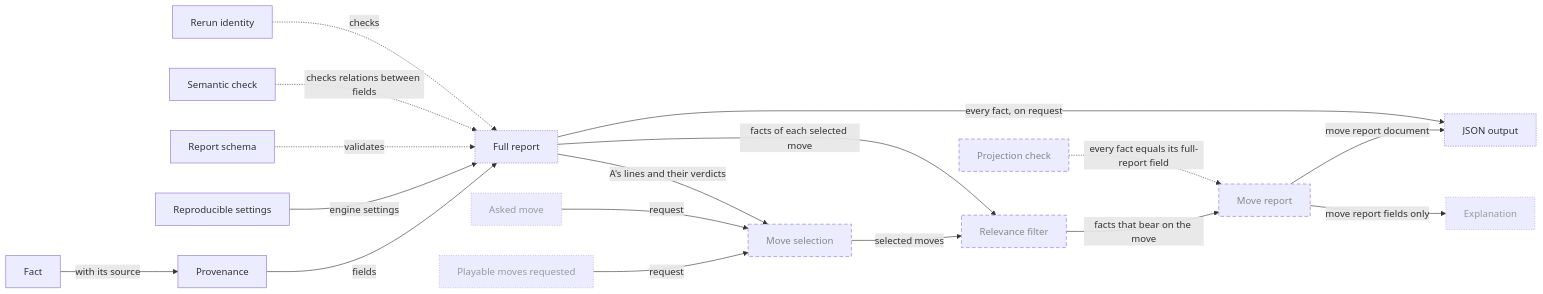
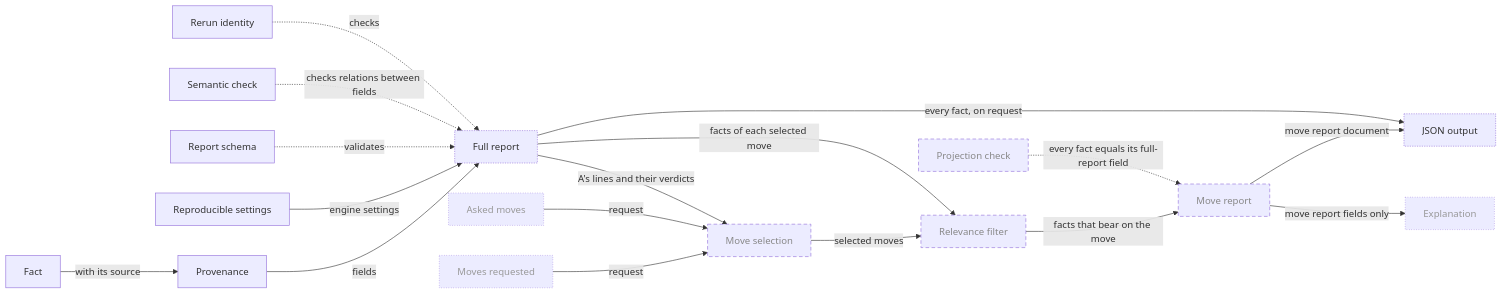
The tenth of 22 diagrams in Planning/DBC/CONCEPTS.md (aurja/ChessWhy), drawn with Mermaid before and after one commit. The commit also changed other lines of this file and 5 other files, not shown here.

First line of the commit message:
M4 contract: one --moves flag replaces --playable and --move

````diff
--- a/Planning/DBC/CONCEPTS.md
+++ b/Planning/DBC/CONCEPTS.md
@@ -458,39 +459,39 @@
 ```mermaid
 flowchart LR
     Fact["Fact"]
     Provenance["Provenance"]
     Reproducible["Reproducible settings"]
     ReportDocument["Full report"]
     ReportSchema["Report schema"]
     SemanticCheck["Semantic check"]
     RerunIdentity["Rerun identity"]
     JsonOutput["JSON output"]
     MoveSelection["Move selection"]
     RelevanceFilter["Relevance filter"]
     MoveReport["Move report"]
     ProjectionCheck["Projection check"]
-    PlayableRequest["Playable moves requested"]
-    AskedMove["Asked move"]
+    MoveRequest["Moves requested"]
+    AskedMove["Asked moves"]
     Explanation["Explanation"]
     Fact -->|with its source| Provenance
     Provenance -->|fields| ReportDocument
     Reproducible -->|engine settings| ReportDocument
     ReportSchema -.->|validates| ReportDocument
     SemanticCheck -.->|checks relations between fields| ReportDocument
     RerunIdentity -.->|checks| ReportDocument
-    PlayableRequest & AskedMove -->|request| MoveSelection
+    MoveRequest & AskedMove -->|request| MoveSelection
     ReportDocument -->|A's lines and their verdicts| MoveSelection
     MoveSelection -->|selected moves| RelevanceFilter
     ReportDocument -->|facts of each selected move| RelevanceFilter
     RelevanceFilter -->|facts that bear on the move| MoveReport
     ProjectionCheck -.->|every fact equals its full-report field| MoveReport
     MoveReport -->|move report document| JsonOutput
     ReportDocument -->|every fact, on request| JsonOutput
     MoveReport -->|move report fields only| Explanation
     classDef planned stroke-dasharray:6 4,color:#888
     classDef partial stroke-dasharray:2 2
     classDef external stroke-dasharray:1 3,color:#999
-    class Explanation,PlayableRequest,AskedMove external
+    class Explanation,MoveRequest,AskedMove external
     class ReportDocument,JsonOutput partial
     class MoveSelection,RelevanceFilter,MoveReport,ProjectionCheck planned
 ```
````
